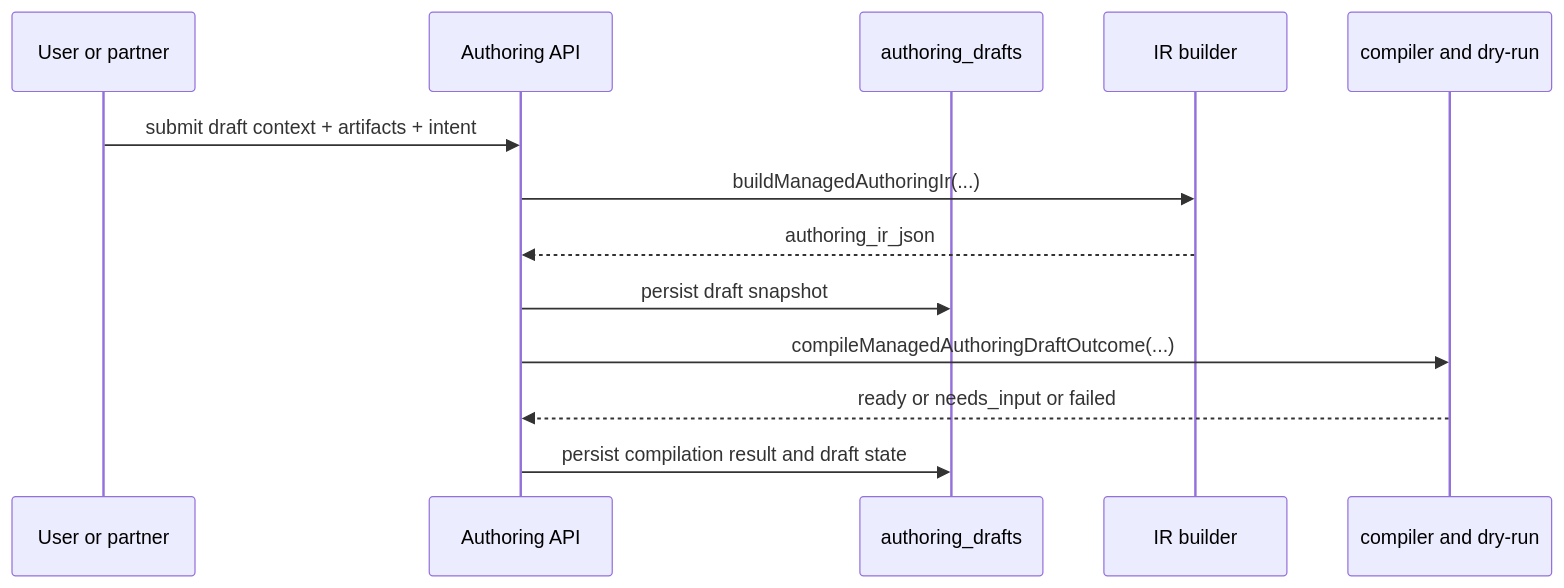
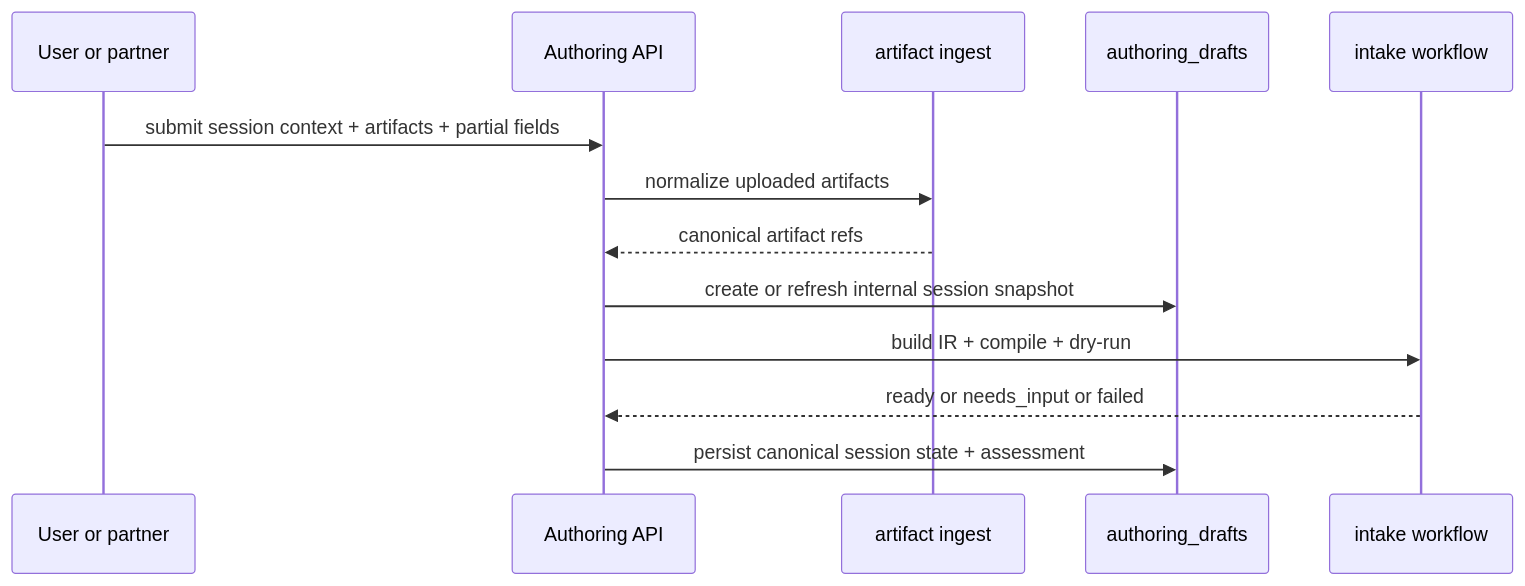
The sixth of 9 diagrams in docs/system-anatomy.md (andymolecule/Hermes), drawn with Mermaid before and after one commit. The commit also changed other lines of this file and 36 other files, not shown here.

Commit message:
Adopt session-first authoring for Beach and web

````diff
--- a/docs/system-anatomy.md
+++ b/docs/system-anatomy.md
@@ -925,16 +933,16 @@
 ```mermaid
 sequenceDiagram
     participant U as User or partner
     participant API as Authoring API
+    participant ART as artifact ingest
     participant DB as authoring_drafts
-    participant IR as IR builder
-    participant CMP as compiler and dry-run
+    participant IW as intake workflow
 
-    U->>API: submit draft context + artifacts + intent
-    API->>IR: buildManagedAuthoringIr(...)
-    IR-->>API: authoring_ir_json
-    API->>DB: persist draft snapshot
-    API->>CMP: compileManagedAuthoringDraftOutcome(...)
-    CMP-->>API: ready or needs_input or failed
-    API->>DB: persist compilation result and draft state
+    U->>API: submit session context + artifacts + partial fields
+    API->>ART: normalize uploaded artifacts
+    ART-->>API: canonical artifact refs
+    API->>DB: create or refresh internal session snapshot
+    API->>IW: build IR + compile + dry-run
+    IW-->>API: ready or needs_input or failed
+    API->>DB: persist canonical session state + assessment
 ```
````
